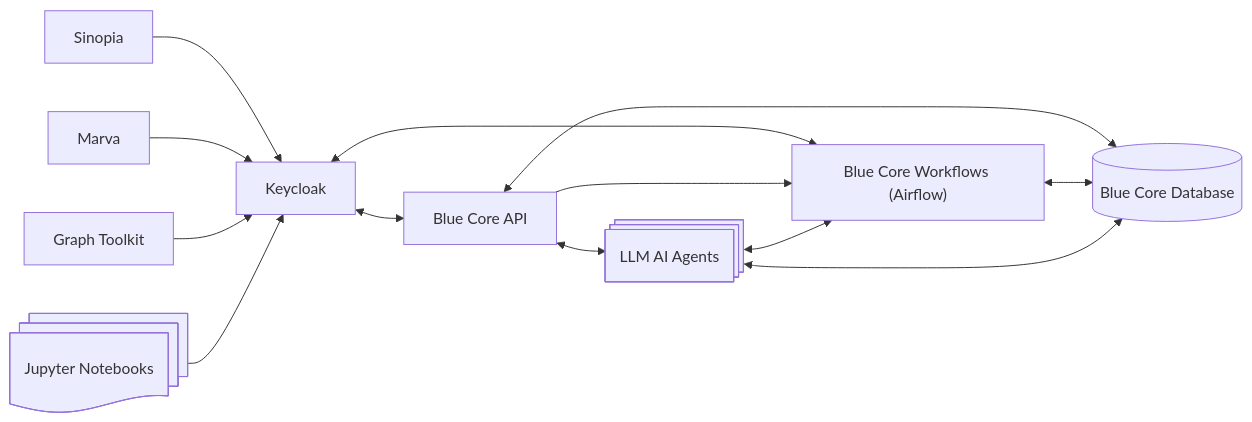
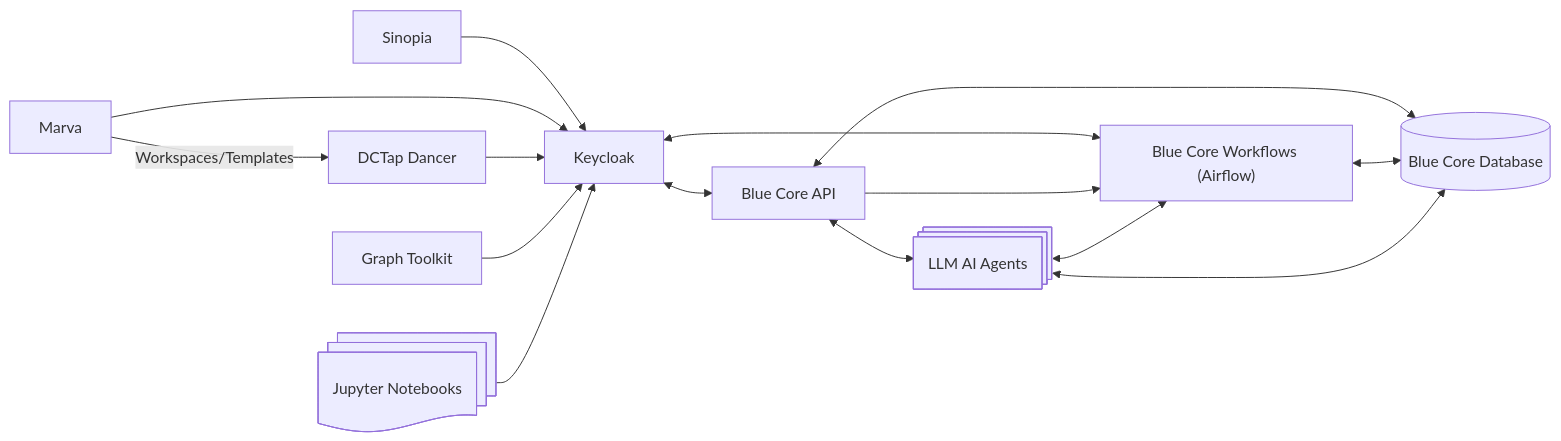
The diagram in README.md (blue-core-lod/bluecore-stack), drawn with Mermaid before and after one commit. The commit also changed other lines of this file and 34 other files, not shown here.

````diff
--- a/README.md
+++ b/README.md
@@ -28,16 +29,18 @@
 ```mermaid
 graph LR;
     sinopia["Sinopia"] --> keycloak["Keycloak"]
     marva["Marva"] --> keycloak
+    marva -- "Workspaces/Templates" --> dancer["DCTap Dancer"]
+    dancer --> keycloak
     graph_toolkit["Graph Toolkit"] --> keycloak
     notebooks@{ shape: docs, label: "Jupyter Notebooks"} --> keycloak
 
     keycloak <--> api["Blue Core API"]
     keycloak <--> workflows["Blue Core Workflows (Airflow)"]
     api <--> db[("Blue Core Database")]
     api --> workflows
     workflows <--> db
     api <--> ai_agents@{ shape: procs, label: "LLM AI Agents"}
     ai_agents <--> workflows
     ai_agents <--> db
 ```
````
